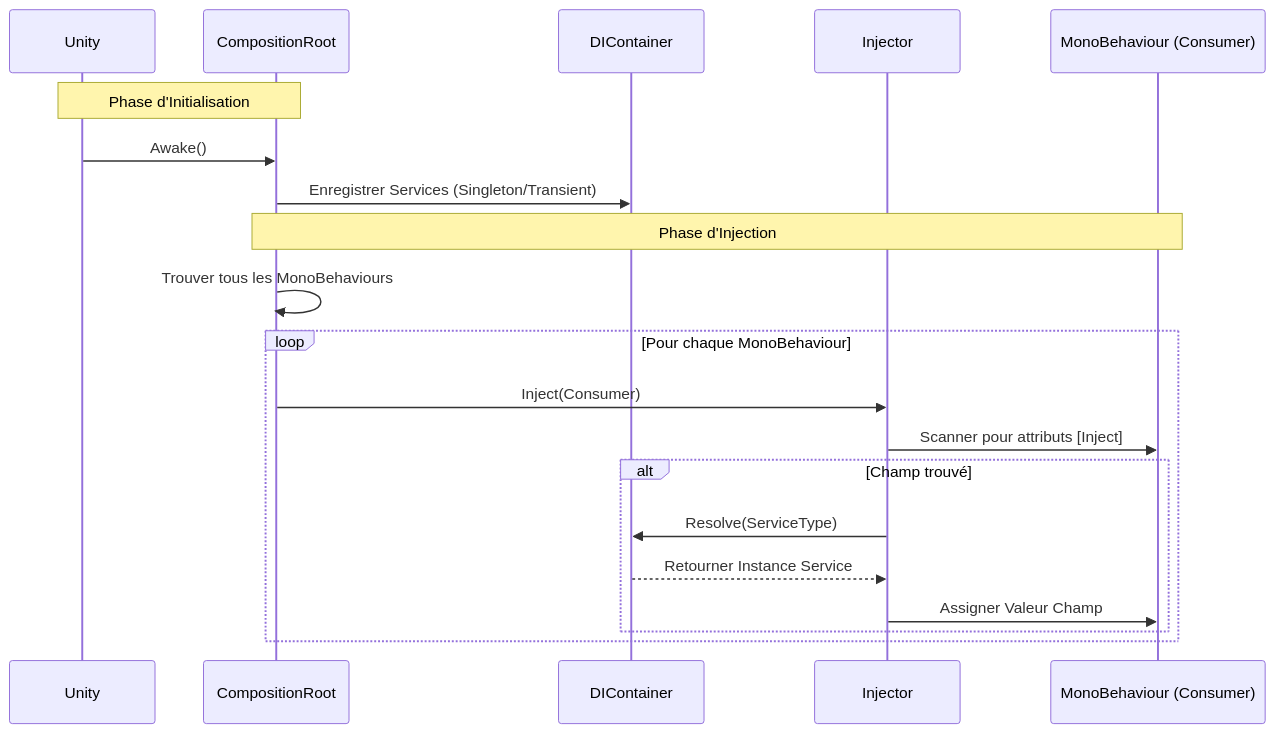
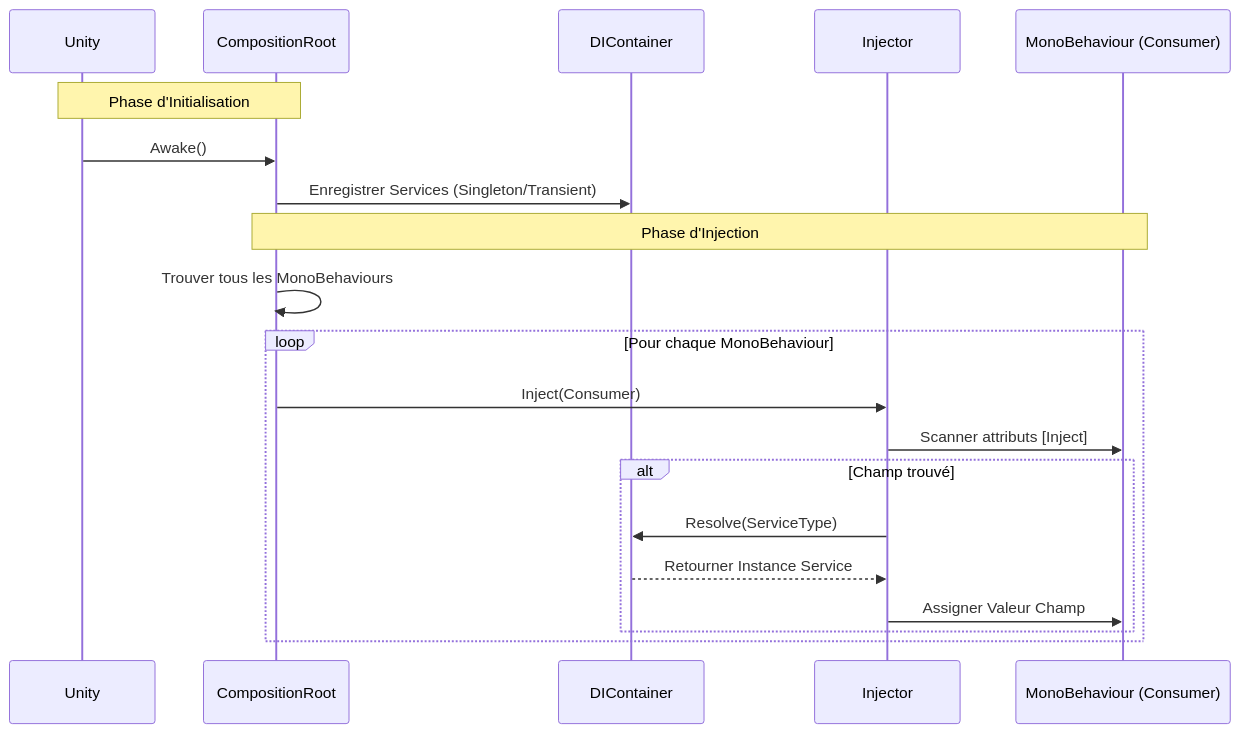
The diagram in README.fr.md (EthanDalessandro/EthanToolBox), drawn with Mermaid before and after one commit. The commit also changed other lines of this file and 1 other file, not shown here.

````diff
--- a/README.fr.md
+++ b/README.fr.md
@@ -26,24 +26,24 @@
 ```mermaid
 sequenceDiagram
     participant Unity
     participant Root as CompositionRoot
     participant Container as DIContainer
     participant Injector
     participant Consumer as MonoBehaviour (Consumer)
 
     Note over Unity, Root: Phase d'Initialisation
     Unity->>Root: Awake()
     Root->>Container: Enregistrer Services (Singleton/Transient)
     
     Note over Root, Consumer: Phase d'Injection
     Root->>Root: Trouver tous les MonoBehaviours
     loop Pour chaque MonoBehaviour
         Root->>Injector: Inject(Consumer)
-        Injector->>Consumer: Scanner pour attributs [Inject]
+        Injector->>Consumer: Scanner attributs [Inject]
         alt Champ trouvé
             Injector->>Container: Resolve(ServiceType)
             Container-->>Injector: Retourner Instance Service
             Injector->>Consumer: Assigner Valeur Champ
         end
     end
 ```
````
